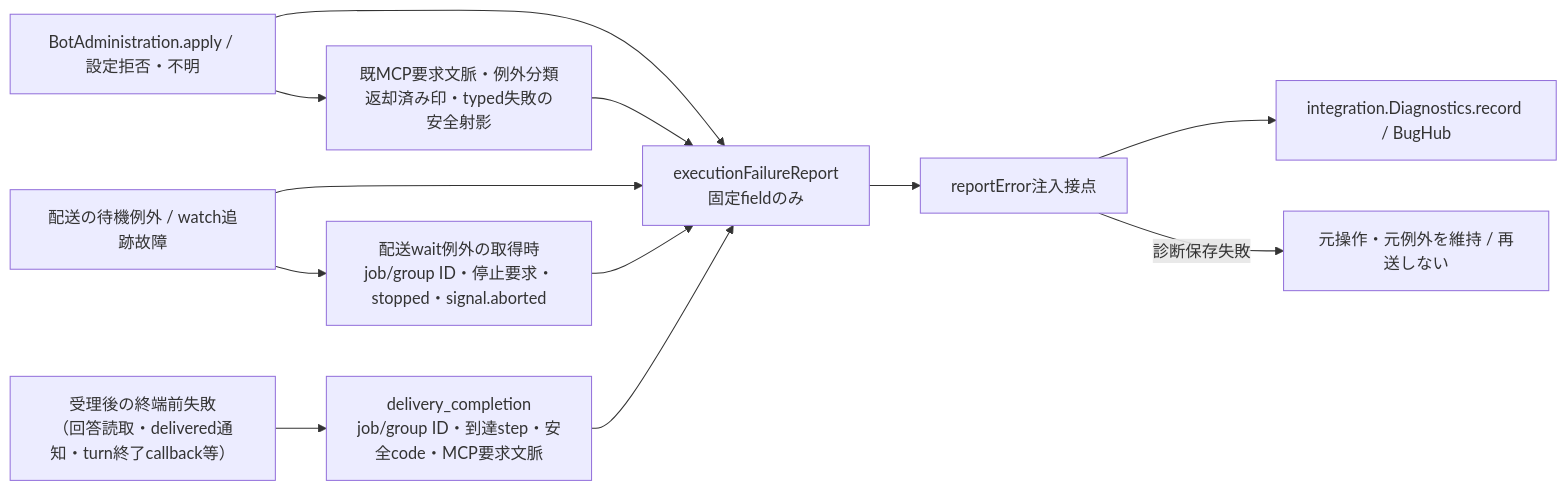
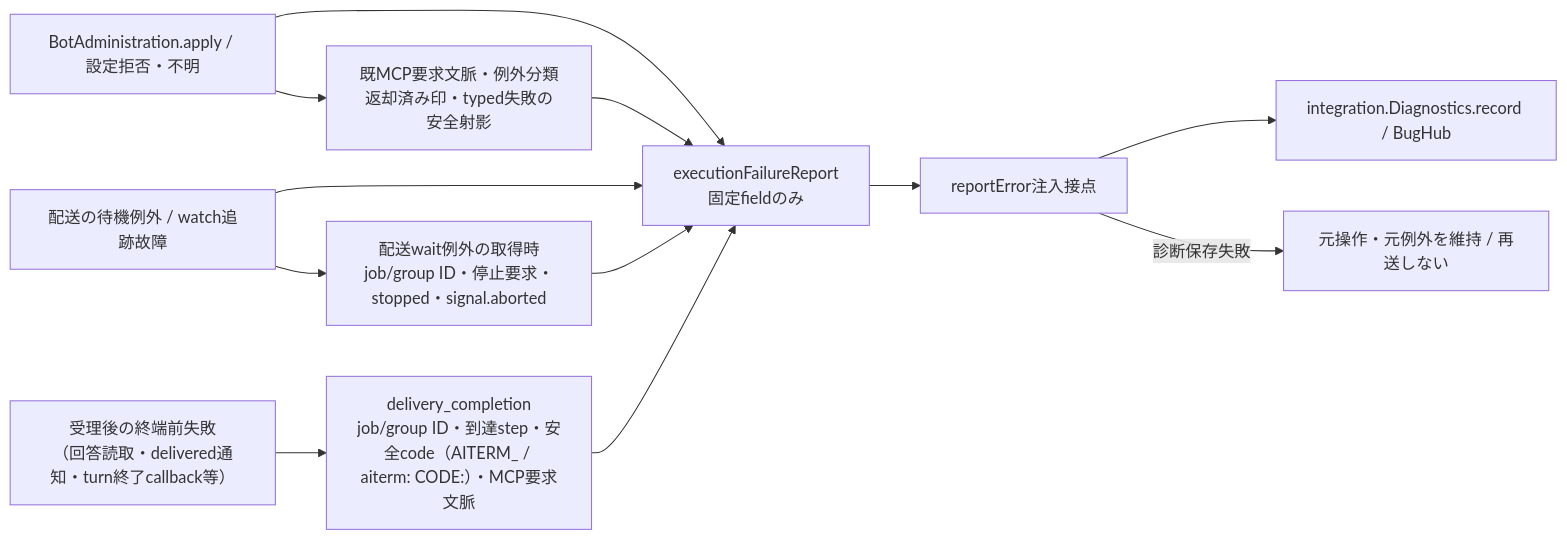
One commit to kitepon/BellTeam changed the third of 5 diagrams in docs/architecture/modules/execution/wait-contract.md. Above: the diagram before and after it, drawn with Mermaid. The commit also changed other lines of this file and 3 other files, not shown here.

First line of the commit message:
Bind the delivered answer read to its Claude input and keep Aiterm code tokens

````diff
--- a/docs/architecture/modules/execution/wait-contract.md
+++ b/docs/architecture/modules/execution/wait-contract.md
@@ -63,14 +63,14 @@
 ```mermaid
 flowchart LR
   Configure["BotAdministration.apply / 設定拒否・不明"] --> Report["executionFailureReport<br/>固定fieldのみ"]
   Configure --> Provenance["既MCP要求文脈・例外分類<br/>返却済み印・typed失敗の安全射影"]
   Provenance --> Report
   Tracking["配送の待機例外 / watch追跡故障"] --> Report
   Tracking --> Snapshot["配送wait例外の取得時<br/>job/group ID・停止要求・stopped・signal.aborted"]
   Snapshot --> Report
-  Accepted["受理後の終端前失敗<br/>（回答読取・delivered通知・turn終了callback等）"] --> Step["delivery_completion<br/>job/group ID・到達step・安全code・MCP要求文脈"]
+  Accepted["受理後の終端前失敗<br/>（回答読取・delivered通知・turn終了callback等）"] --> Step["delivery_completion<br/>job/group ID・到達step・安全code（AITERM_ / aiterm: CODE:）・MCP要求文脈"]
   Step --> Report
   Report --> Hook["reportError注入接点"]
   Hook --> Diagnostics["integration.Diagnostics.record / BugHub"]
   Hook -->|"診断保存失敗"| Preserve["元操作・元例外を維持 / 再送しない"]
 ```
````
